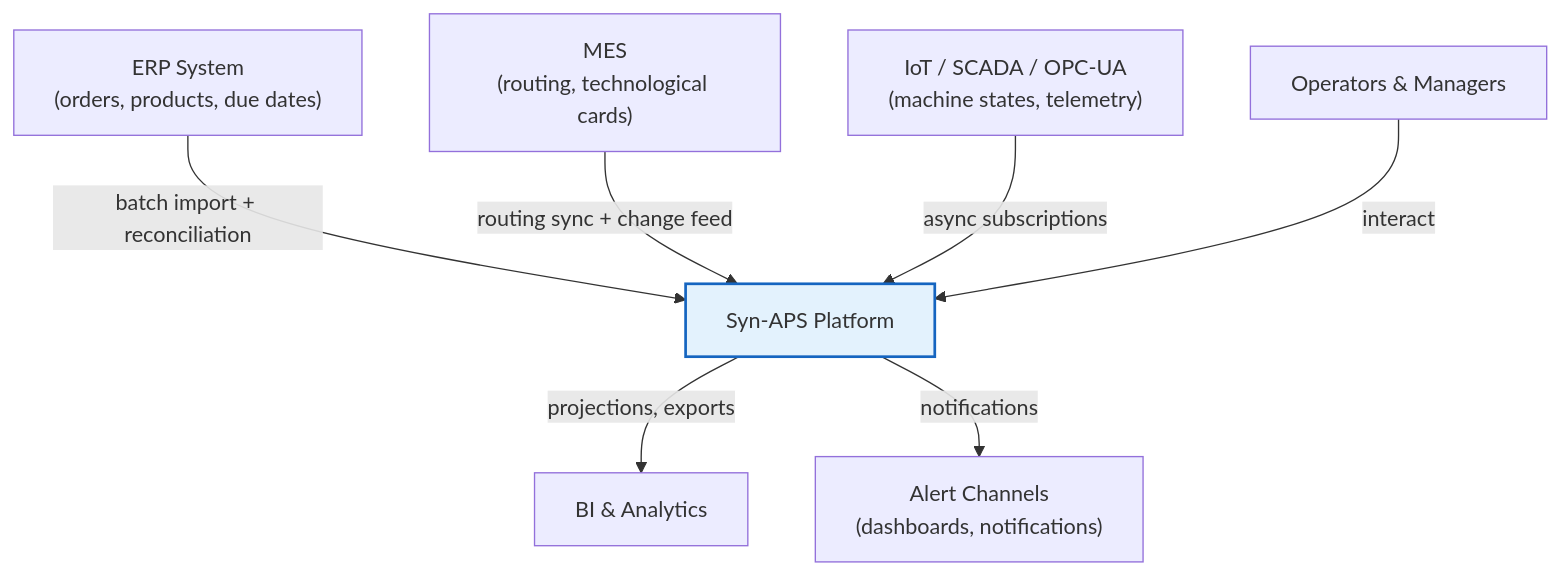
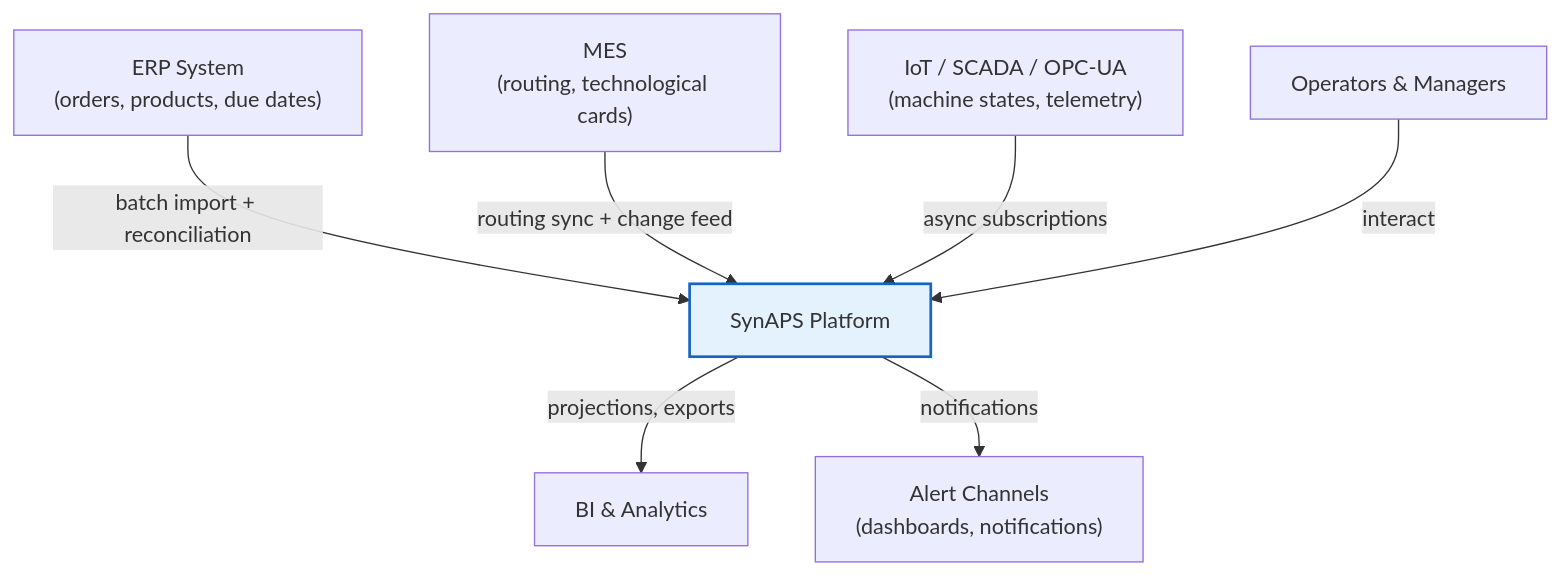
Before and after one commit to KonkovDV/SynAPS: the first of 3 diagrams in docs/architecture/01_OVERVIEW.md, drawn with Mermaid. The commit also changed other lines of this file and 174 other files, not shown here.

````diff
--- a/docs/architecture/01_OVERVIEW.md
+++ b/docs/architecture/01_OVERVIEW.md
@@ -23,19 +23,19 @@
 ```mermaid
 graph TB
     ERP["ERP System<br/>(orders, products, due dates)"]
     MES["MES<br/>(routing, technological cards)"]
     IOT["IoT / SCADA / OPC-UA<br/>(machine states, telemetry)"]
     USERS["Operators & Managers"]
-    APS["Syn-APS Platform"]
+    APS["SynAPS Platform"]
     ANALYTICS["BI & Analytics"]
     ALERTS["Alert Channels<br/>(dashboards, notifications)"]
 
     ERP -->|batch import + reconciliation| APS
     MES -->|routing sync + change feed| APS
     IOT -->|async subscriptions| APS
     USERS -->|interact| APS
     APS -->|projections, exports| ANALYTICS
     APS -->|notifications| ALERTS
 
     style APS fill:#e3f2fd,stroke:#1565c0,stroke-width:2px
 ```
````
